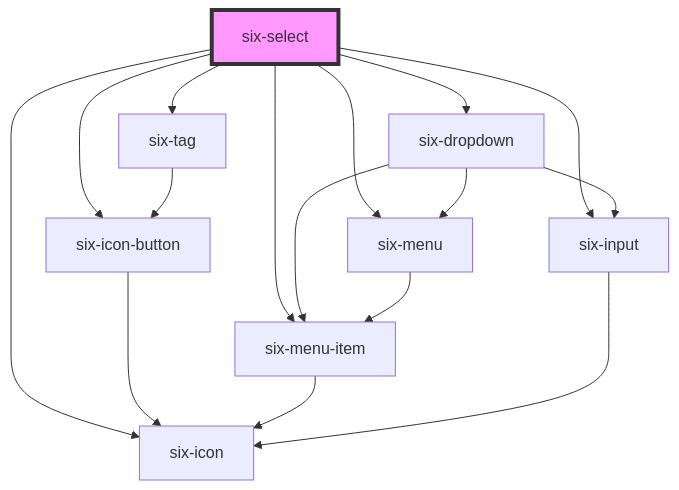
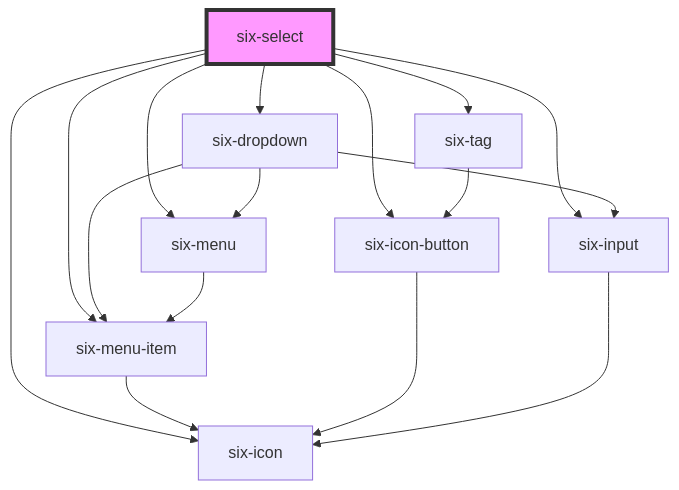
Before and after one commit to six-group/six-webcomponents: the diagram in libraries/ui-library/src/components/six-select/readme.md, drawn with Mermaid. The commit also changed other lines of this file and 2 other files, not shown here.

Commit message:
chore: strict typing for six-select

````diff
--- a/libraries/ui-library/src/components/six-select/readme.md
+++ b/libraries/ui-library/src/components/six-select/readme.md
@@ -130,19 +130,19 @@
 ```mermaid
 graph TD;
+  six-select --> six-menu-item
   six-select --> six-tag
-  six-select --> six-menu-item
   six-select --> six-dropdown
   six-select --> six-icon-button
   six-select --> six-icon
   six-select --> six-input
   six-select --> six-menu
+  six-menu-item --> six-icon
   six-tag --> six-icon-button
   six-icon-button --> six-icon
-  six-menu-item --> six-icon
   six-dropdown --> six-menu-item
   six-dropdown --> six-input
   six-dropdown --> six-menu
   six-input --> six-icon
   six-menu --> six-menu-item
   style six-select fill:#f9f,stroke:#333,stroke-width:4px
 ```
````
